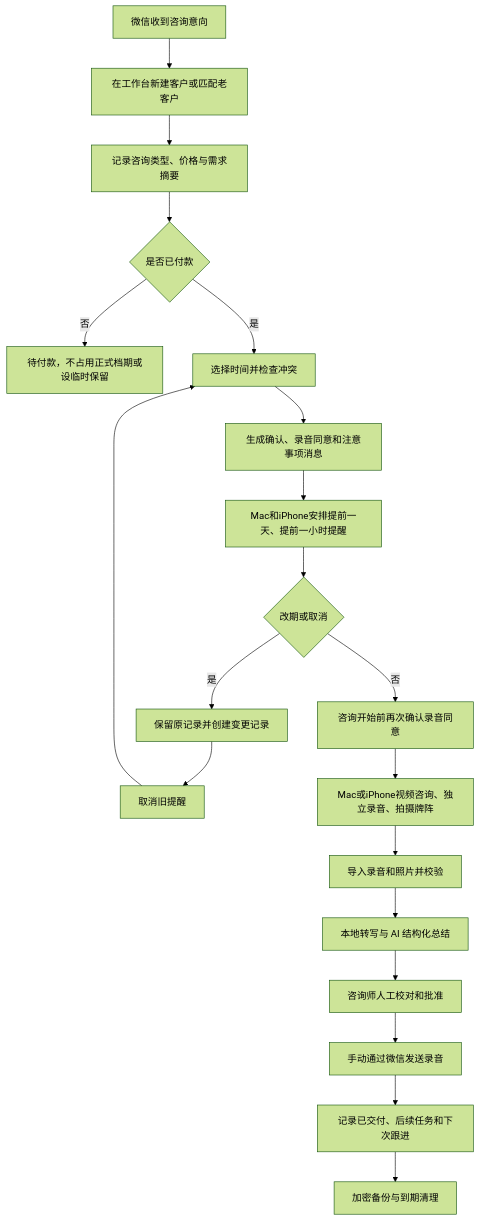
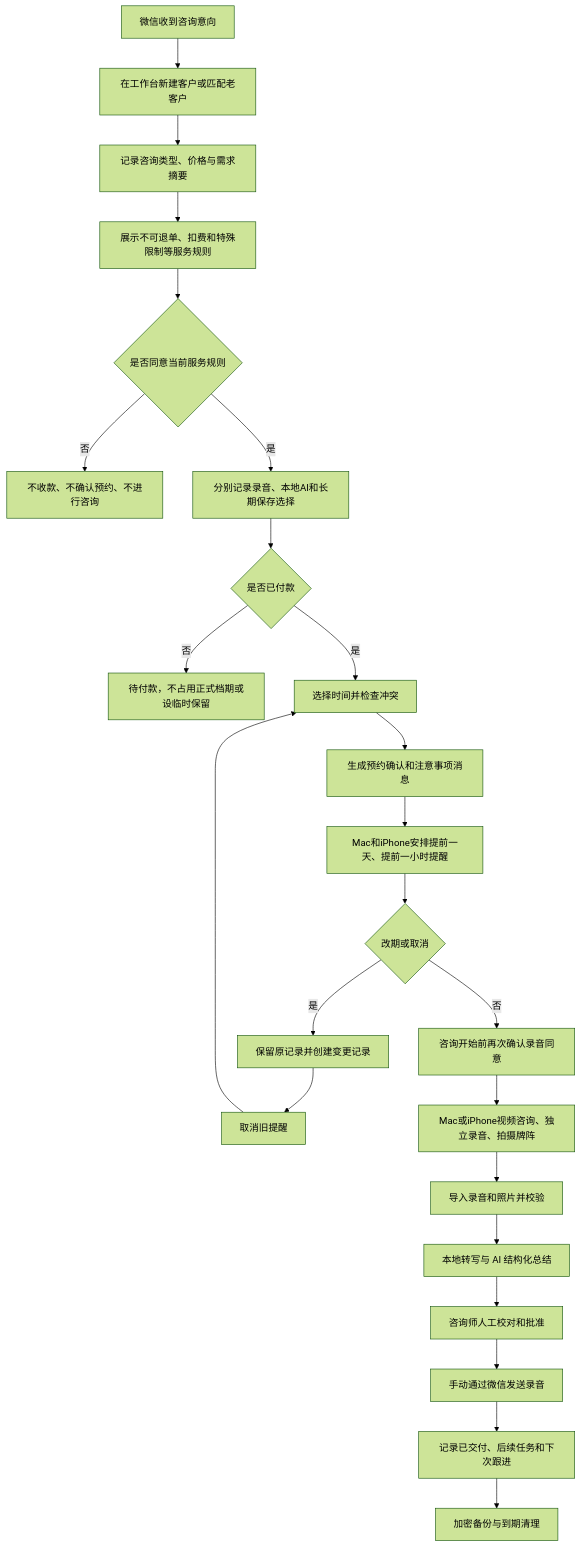
The first of 2 diagrams in 心塔_塔罗心理成长咨询数字化AI升级方案_V1.1.md (XuYuChen921/Soul-Tarot), drawn with Mermaid (forest theme) before and after one commit. The commit also changed other lines of this file and 105 other files, not shown here.

````diff
--- a/心塔_塔罗心理成长咨询数字化AI升级方案_V1.1.md
+++ b/心塔_塔罗心理成长咨询数字化AI升级方案_V1.1.md
@@ -175,22 +223,26 @@
 ```mermaid
 flowchart TD
     A[微信收到咨询意向] --> B[在工作台新建客户或匹配老客户]
     B --> C[记录咨询类型、价格与需求摘要]
-    C --> D{是否已付款}
+    C --> S[展示不可退单、扣费和特殊限制等服务规则]
+    S --> T{是否同意当前服务规则}
+    T -- 否 --> Z[不收款、不确认预约、不进行咨询]
+    T -- 是 --> U[分别记录录音、本地AI和长期保存选择]
+    U --> D{是否已付款}
     D -- 否 --> E[待付款，不占用正式档期或设临时保留]
     D -- 是 --> F[选择时间并检查冲突]
-    F --> G[生成确认、录音同意和注意事项消息]
+    F --> G[生成预约确认和注意事项消息]
     G --> R[Mac和iPhone安排提前一天、提前一小时提醒]
     R --> H{改期或取消}
     H -- 是 --> I[保留原记录并创建变更记录]
     I --> X[取消旧提醒]
     X --> F
     H -- 否 --> J[咨询开始前再次确认录音同意]
     J --> K[Mac或iPhone视频咨询、独立录音、拍摄牌阵]
     K --> L[导入录音和照片并校验]
     L --> M[本地转写与 AI 结构化总结]
     M --> N[咨询师人工校对和批准]
     N --> O[手动通过微信发送录音]
     O --> P[记录已交付、后续任务和下次跟进]
     P --> Q[加密备份与到期清理]
 ```
````
